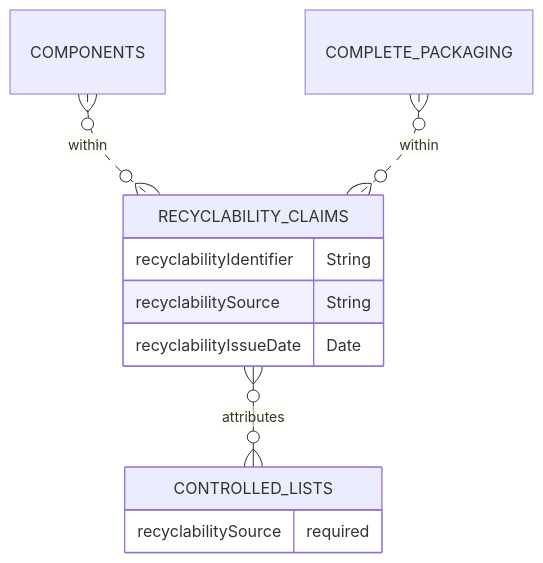
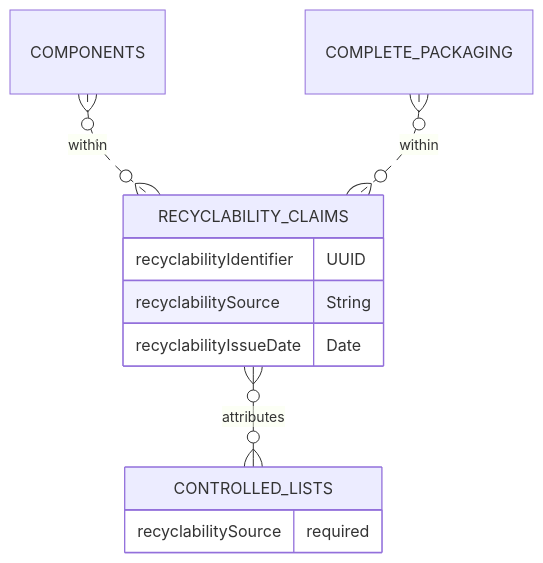
One commit to OpenDataManchester/Open3P changed the diagram in docs/6_Relationship_Lists/6_006_Recyclability_Claims.md. Above: the diagram before and after it, drawn with Mermaid. The commit also changed other lines of this file, not shown here.

Commit message:
Recyclability Claims to UUID from string

````diff
--- a/docs/6_Relationship_Lists/6_006_Recyclability_Claims.md
+++ b/docs/6_Relationship_Lists/6_006_Recyclability_Claims.md
@@ -22,15 +22,15 @@
 ``` mermaid
 erDiagram
 
   COMPONENTS }o..o{ RECYCLABILITY_CLAIMS : within
   COMPLETE_PACKAGING }o..o{ RECYCLABILITY_CLAIMS : within
   RECYCLABILITY_CLAIMS {
-    recyclabilityIdentifier String
+    recyclabilityIdentifier UUID
     recyclabilitySource String
     recyclabilityIssueDate Date
   }
   RECYCLABILITY_CLAIMS }o--o{ CONTROLLED_LISTS : attributes
   CONTROLLED_LISTS {
     recyclabilitySource required 
   }
 ```
````
